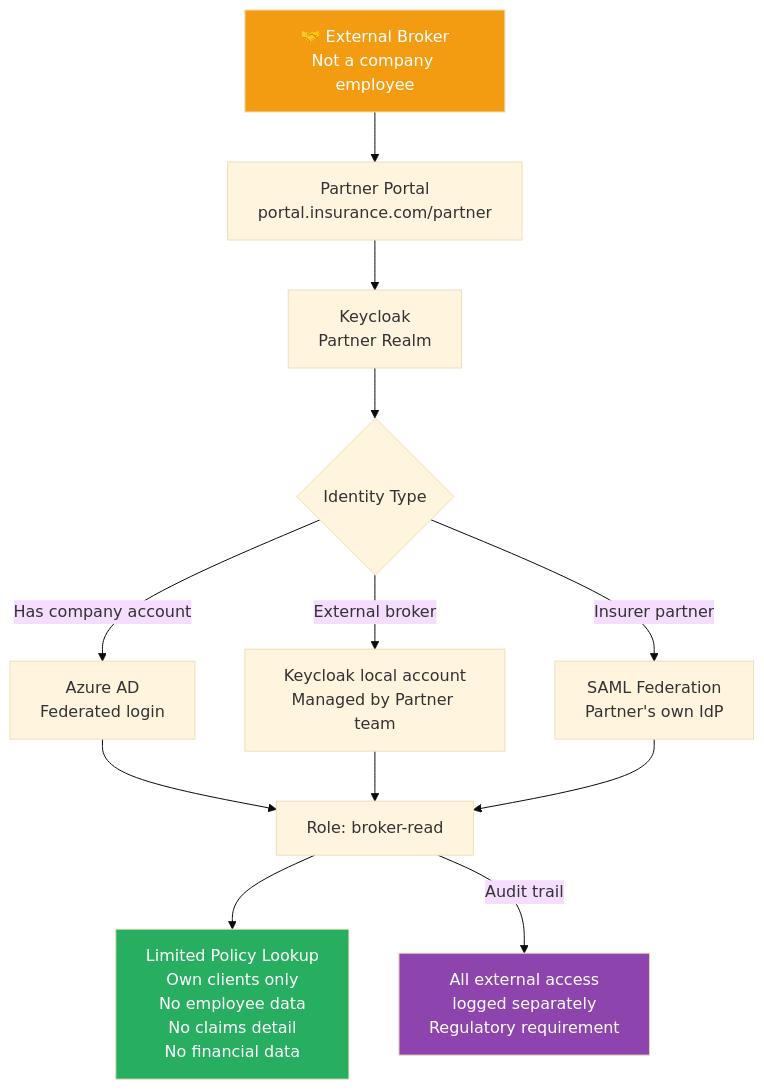
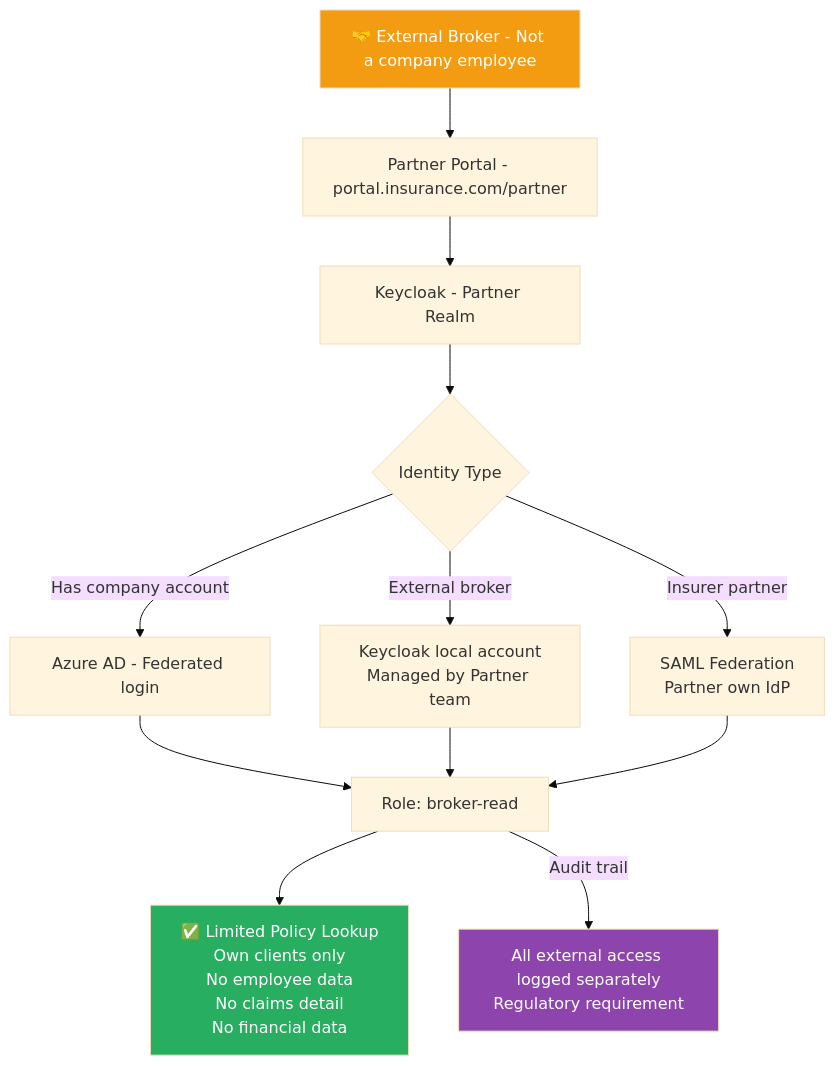
One commit to Mannokuruba/sso-keyclock changed diagram 18 of 21 in docs/INSURANCE-SSO-DESIGN.md. Above: the diagram before and after it, drawn with Mermaid (base theme). The commit also changed other lines of this file, not shown here.

Commit message:
fix: resolve Mermaid parse errors in insurance SSO diagrams

````diff
--- a/docs/INSURANCE-SSO-DESIGN.md
+++ b/docs/INSURANCE-SSO-DESIGN.md
@@ -740,23 +725,23 @@
 ```mermaid
 flowchart TD
-    EXT[🤝 External Broker\nNot a company employee] --> PORTAL[Partner Portal\nportal.insurance.com/partner]
+    EXT["🤝 External Broker - Not a company employee"] --> PORTAL["Partner Portal - portal.insurance.com/partner"]
 
-    PORTAL --> KC[Keycloak\nPartner Realm]
-    KC --> CHOICE{Identity Type}
+    PORTAL --> KC["Keycloak - Partner Realm"]
+    KC --> CHOICE{"Identity Type"}
 
-    CHOICE -->|Has company account| AAD[Azure AD\nFederated login]
-    CHOICE -->|External broker| DIRECT[Keycloak local account\nManaged by Partner team]
-    CHOICE -->|Insurer partner| SAML[SAML Federation\nPartner's own IdP]
+    CHOICE -->|Has company account| AAD["Azure AD - Federated login"]
+    CHOICE -->|External broker| DIRECT["Keycloak local account<br/>Managed by Partner team"]
+    CHOICE -->|Insurer partner| SAML["SAML Federation<br/>Partner own IdP"]
 
-    AAD --> BROKER_ROLE[Role: broker-read]
+    AAD --> BROKER_ROLE["Role: broker-read"]
     DIRECT --> BROKER_ROLE
     SAML --> BROKER_ROLE
 
-    BROKER_ROLE --> LIMITED[Limited Policy Lookup\nOwn clients only\nNo employee data\nNo claims detail\nNo financial data]
+    BROKER_ROLE --> LIMITED["✅ Limited Policy Lookup<br/>Own clients only<br/>No employee data<br/>No claims detail<br/>No financial data"]
 
-    BROKER_ROLE -->|Audit trail| AUDIT[All external access\nlogged separately\nRegulatory requirement]
+    BROKER_ROLE -->|Audit trail| AUDIT["All external access logged separately<br/>Regulatory requirement"]
 
     style EXT fill:#f39c12,color:#fff
     style LIMITED fill:#27ae60,color:#fff
     style AUDIT fill:#8e44ad,color:#fff
 ```
````
